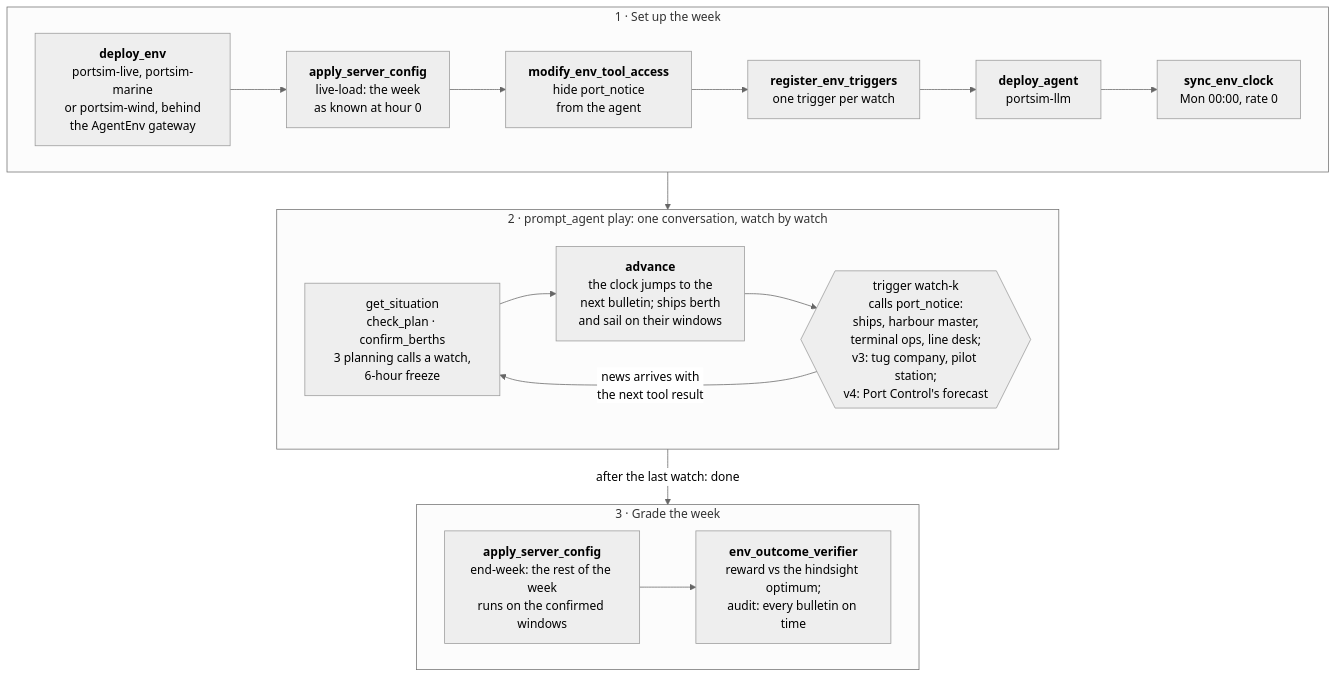
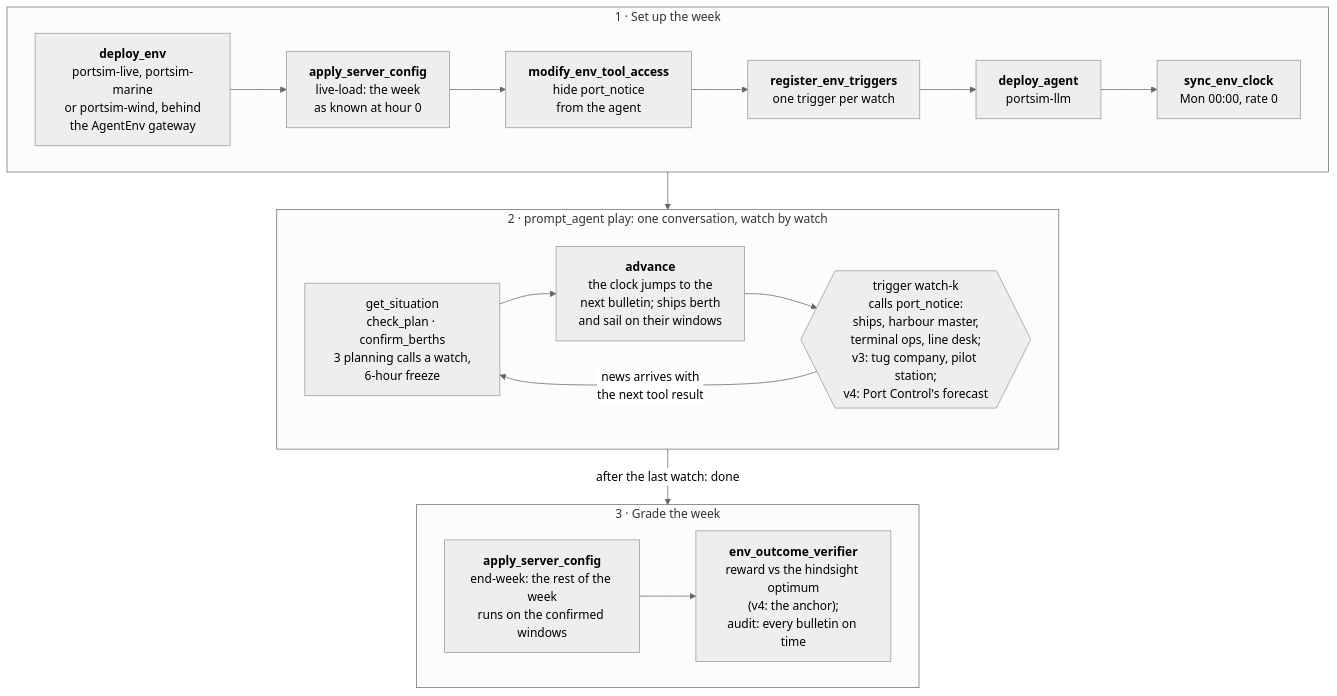
The diagram in README.md (earakely-scale/agentenv-portsim-plugin), drawn with Mermaid (neutral theme) before and after one commit. The commit also changed other lines of this file and 14 other files, not shown here.

````diff
--- a/README.md
+++ b/README.md
@@ -17,16 +17,16 @@
 ```mermaid
 flowchart TD
   subgraph setup["1 · Set up the week"]
     direction LR
     deploy["<b>deploy_env</b><br/>portsim-live, portsim-marine<br/>or portsim-wind, behind<br/>the AgentEnv gateway"] --> load["<b>apply_server_config</b><br/>live-load: the week<br/>as known at hour 0"] --> hide["<b>modify_env_tool_access</b><br/>hide port_notice<br/>from the agent"] --> watches["<b>register_env_triggers</b><br/>one trigger per watch"] --> agent["<b>deploy_agent</b><br/>portsim-llm"] --> clock["<b>sync_env_clock</b><br/>Mon 00:00, rate 0"]
   end
   subgraph play["2 · prompt_agent play: one conversation, watch by watch"]
     direction LR
     plan["get_situation<br/>check_plan · confirm_berths<br/>3 planning calls a watch,<br/>6-hour freeze"] --> advance["<b>advance</b><br/>the clock jumps to the<br/>next bulletin; ships berth<br/>and sail on their windows"] --> trigger{{"trigger watch-k<br/>calls port_notice:<br/>ships, harbour master,<br/>terminal ops, line desk;<br/>v3: tug company, pilot station;<br/>v4: Port Control's forecast"}} -->|"news arrives with<br/>the next tool result"| plan
   end
   subgraph finish["3 · Grade the week"]
     direction LR
-    endweek["<b>apply_server_config</b><br/>end-week: the rest of the week<br/>runs on the confirmed windows"] --> grade["<b>env_outcome_verifier</b><br/>reward vs the hindsight optimum;<br/>audit: every bulletin on time"]
+    endweek["<b>apply_server_config</b><br/>end-week: the rest of the week<br/>runs on the confirmed windows"] --> grade["<b>env_outcome_verifier</b><br/>reward vs the hindsight optimum<br/>(v4: the anchor);<br/>audit: every bulletin on time"]
   end
   setup --> play -->|"after the last watch: done"| finish
 ```
````
